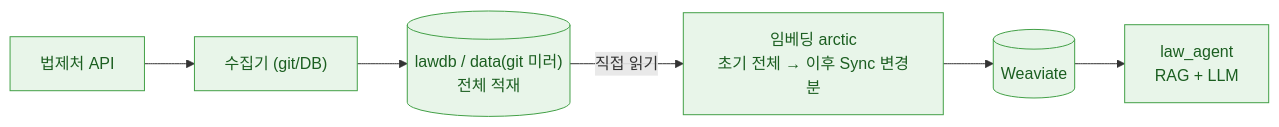
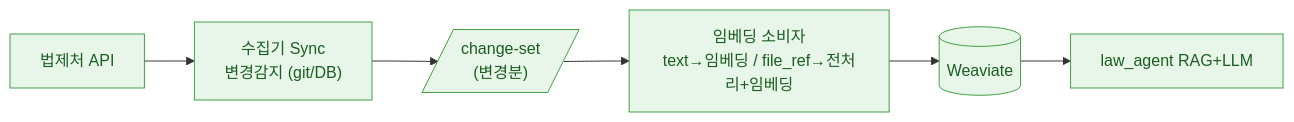
The first of 3 diagrams in 아키텍처.md (genonai/law_ai), drawn with Mermaid before and after one commit. The commit also changed other lines of this file and 3 other files, not shown here.

First line of the commit message:
chore: 서브모듈 포인터 갱신(증분 색인·law_agent 재편 반영) + 증분/전처리/스키마 문서

````diff
--- a/아키텍처.md
+++ b/아키텍처.md
@@ -87,10 +26,10 @@
 ```mermaid
 flowchart LR
   classDef m fill:#e8f5e9,stroke:#43a047,color:#1b5e20;
-  API["법제처 API"] --> COL["수집기 (git/DB)"]
-  COL --> ST[("lawdb / data(git 미러)<br/>전체 적재")]
-  ST -->|"직접 읽기"| IDX["임베딩 arctic<br/>초기 전체 → 이후 Sync 변경분"]
+  API["법제처 API"] --> COL["수집기 Sync<br/>변경감지 (git/DB)"]
+  COL --> CS[/"change-set<br/>(변경분)"/]
+  CS --> IDX["임베딩 소비자<br/>text→임베딩 / file_ref→전처리+임베딩"]
   IDX --> VDB[("Weaviate")]
-  VDB --> RAG["law_agent<br/>RAG + LLM"]
-  class API,COL,ST,IDX,VDB,RAG m
+  VDB --> RAG["law_agent RAG+LLM"]
+  class API,COL,CS,IDX,VDB,RAG m
 ```
````
